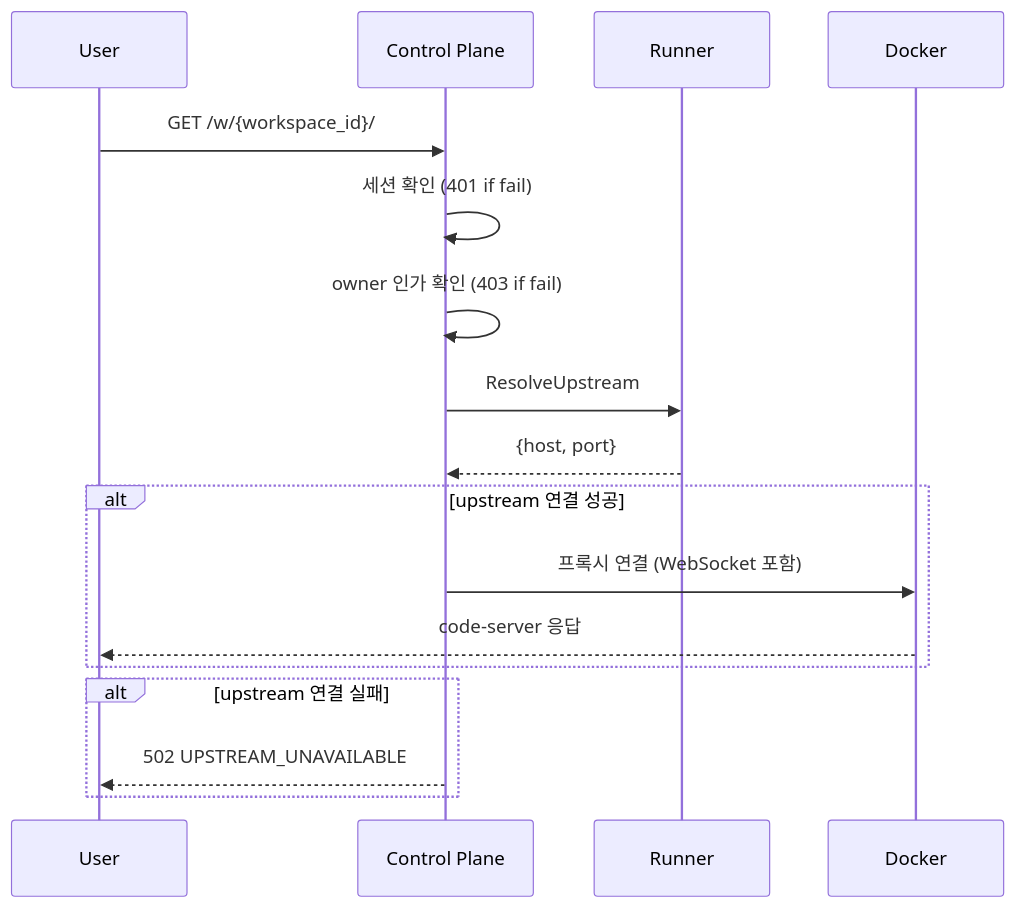
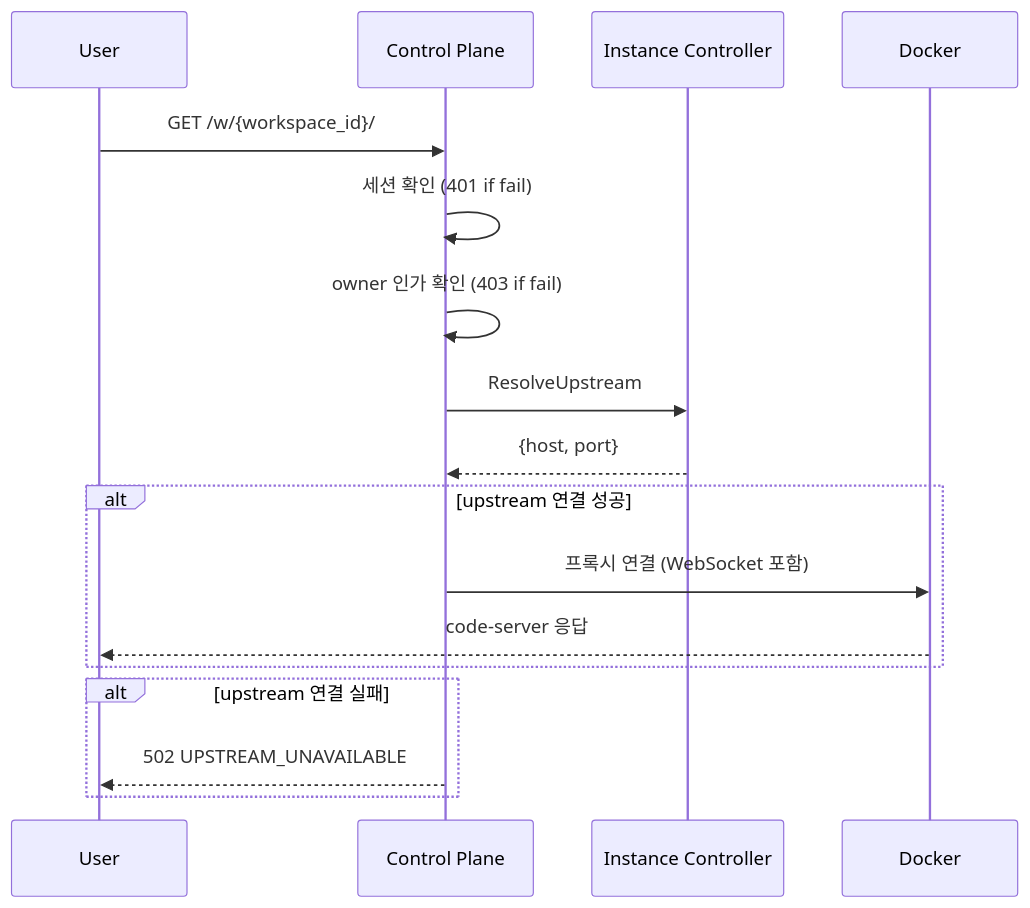
One commit to cagojeiger/code-hub changed the second of 10 diagrams in docs/architecture.md. Above: the diagram before and after it, drawn with Mermaid. The commit also changed other lines of this file and 2 other files, not shown here.

````diff
--- a/docs/architecture.md
+++ b/docs/architecture.md
@@ -47,22 +50,22 @@
 ```mermaid
 sequenceDiagram
     participant U as User
     participant CP as Control Plane
-    participant R as Runner
+    participant IC as Instance Controller
     participant D as Docker
 
     U->>CP: GET /w/{workspace_id}/
     CP->>CP: 세션 확인 (401 if fail)
     CP->>CP: owner 인가 확인 (403 if fail)
-    CP->>R: ResolveUpstream
-    R-->>CP: {host, port}
+    CP->>IC: ResolveUpstream
+    IC-->>CP: {host, port}
 
     alt upstream 연결 성공
         CP->>D: 프록시 연결 (WebSocket 포함)
         D-->>U: code-server 응답
     end
 
     alt upstream 연결 실패
         CP-->>U: 502 UPSTREAM_UNAVAILABLE
     end
 ```
````
